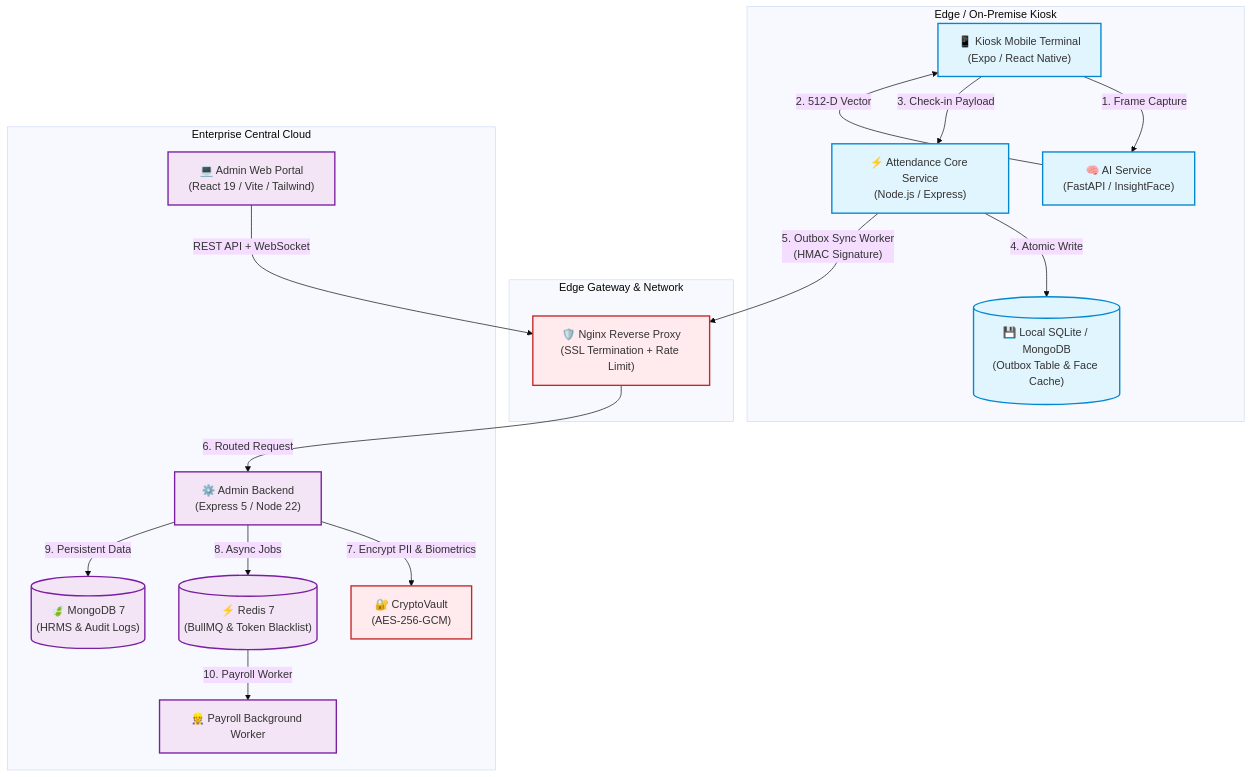
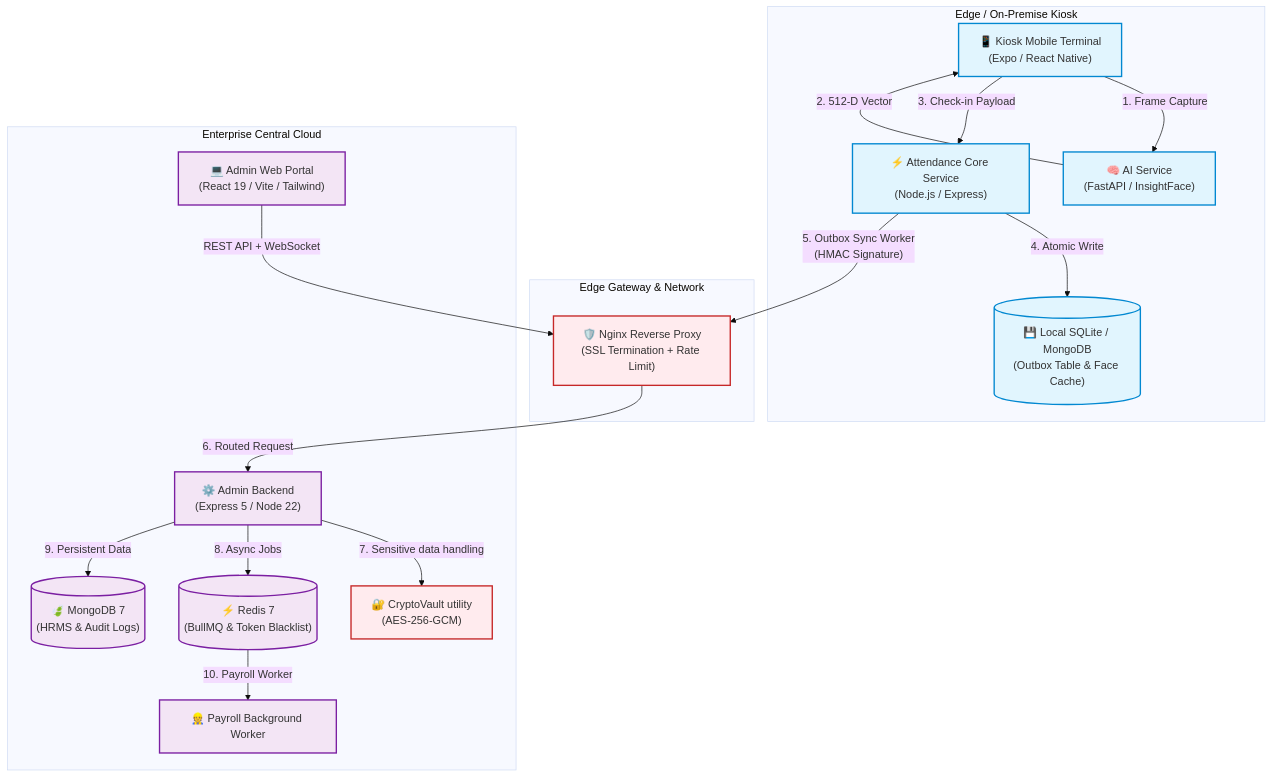
One commit to Rin111124/EmployeeManagement-Full changed the diagram in README.md. Above: the diagram before and after it, drawn with Mermaid (base theme). The commit also changed other lines of this file and 471 other files, not shown here.

````diff
--- a/README.md
+++ b/README.md
@@ -69,36 +69,36 @@
 ```mermaid
 flowchart TD
     subgraph EdgeDevice["Edge / On-Premise Kiosk"]
         Kiosk["📱 Kiosk Mobile Terminal\n(Expo / React Native)"]
         AI["🧠 AI Service\n(FastAPI / InsightFace)"]
         LocalCore["⚡ Attendance Core Service\n(Node.js / Express)"]
         LocalDB[("💾 Local SQLite / MongoDB\n(Outbox Table & Face Cache)")]
         
         Kiosk -->|"1. Frame Capture"| AI
         AI -->|"2. 512-D Vector"| Kiosk
         Kiosk -->|"3. Check-in Payload"| LocalCore
         LocalCore -->|"4. Atomic Write"| LocalDB
     end
 
     subgraph Gateway["Edge Gateway & Network"]
         LocalCore -->|"5. Outbox Sync Worker\n(HMAC Signature)"| Proxy["🛡️ Nginx Reverse Proxy\n(SSL Termination + Rate Limit)"]
     end
 
     subgraph CentralCloud["Enterprise Central Cloud"]
         Proxy -->|"6. Routed Request"| Backend["⚙️ Admin Backend\n(Express 5 / Node 22)"]
-        Backend -->|"7. Encrypt PII & Biometrics"| Vault["🔐 CryptoVault\n(AES-256-GCM)"]
+        Backend -->|"7. Sensitive data handling"| Vault["🔐 CryptoVault utility\n(AES-256-GCM)"]
         Backend -->|"8. Async Jobs"| Redis[("⚡ Redis 7\n(BullMQ & Token Blacklist)")]
         Backend -->|"9. Persistent Data"| Mongo[("🍃 MongoDB 7\n(HRMS & Audit Logs)")]
         Redis -->|"10. Payroll Worker"| Worker["👷 Payroll Background Worker"]
         
         AdminUI["💻 Admin Web Portal\n(React 19 / Vite / Tailwind)"] -->|"REST API + WebSocket"| Proxy
     end
 
     classDef edge fill:#e1f5fe,stroke:#0288d1,stroke-width:2px;
     classDef cloud fill:#f3e5f5,stroke:#7b1fa2,stroke-width:2px;
     classDef security fill:#ffebee,stroke:#c62828,stroke-width:2px;
     
     class Kiosk,AI,LocalCore,LocalDB edge;
     class Backend,Redis,Mongo,Worker,AdminUI cloud;
     class Vault,Proxy security;
 ```
````
